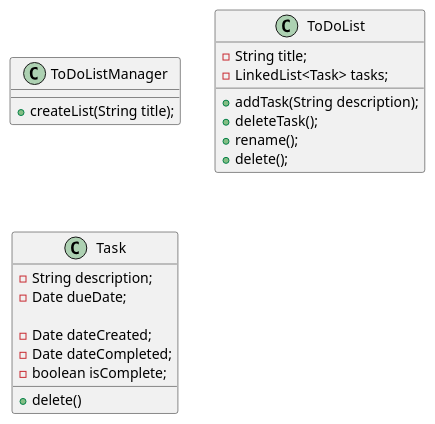
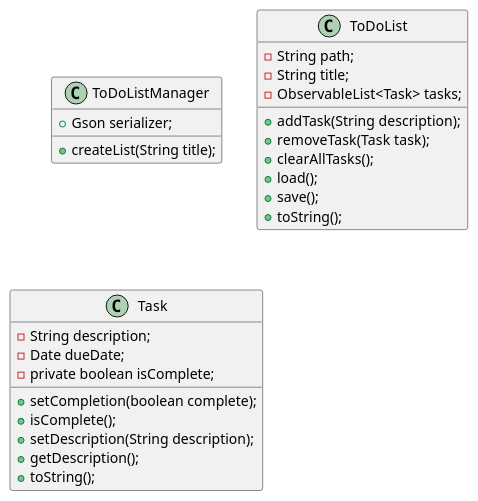
The diagram in docs/ToDoList.puml (RyanTheGuyInSpace/hodge-app1-design), drawn with PlantUML before and after one commit.

Commit message:
Completed UML diagram

```diff
--- a/docs/ToDoList.puml
+++ b/docs/ToDoList.puml
@@ -1,30 +1,34 @@
 @startuml
 
 class ToDoListManager {
+    +Gson serializer;
     +createList(String title);
 }
 
 class ToDoList {
+    -String path;
     -String title;
-    -LinkedList<Task> tasks;
+    -ObservableList<Task> tasks;
 
     +addTask(String description);
-    +deleteTask();
-    +rename();
-    +delete();
-
+    +removeTask(Task task);
+    +clearAllTasks();
+    +load();
+    +save();
+    +toString();
 }
 
 class Task {
     -String description;
     -Date dueDate;
     'Format due date as YYYY-MM-DD'
+    -private boolean isComplete;
 
-    -Date dateCreated;
-    -Date dateCompleted;
-    -boolean isComplete;
-
-    +delete()
+    +setCompletion(boolean complete);
+    +isComplete();
+    +setDescription(String description);
+    +getDescription();
+    +toString();
 }
 
 @enduml
```
